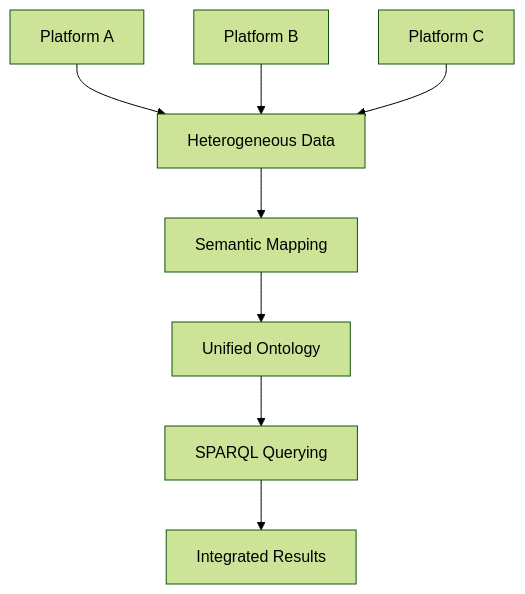
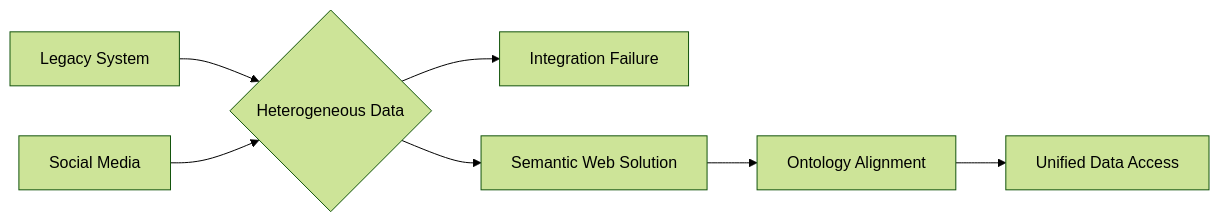
One commit to KishoreRam-M/SocialNetworkEnginnering changed the sixth of 7 diagrams in Unit-1 /12-Marks.md. Above: the diagram before and after it, drawn with Mermaid (forest theme). The commit also changed other lines of this file, not shown here.

````diff
--- a/Unit-1 /12-Marks.md
+++ b/Unit-1 /12-Marks.md
@@ -279,10 +178,9 @@
 ```mermaid
-graph TB
-A[Platform A] --> B[Heterogeneous Data]
-C[Platform B] --> B
-D[Platform C] --> B
-B --> E[Semantic Mapping]
-E --> F[Unified Ontology]
-F --> G[SPARQL Querying]
-G --> H[Integrated Results]
+graph LR
+A[Legacy System] --> B{Heterogeneous Data}
+C[Social Media] --> B
+B --> D[Integration Failure]
+B --> E[Semantic Web Solution]
+E --> F[Ontology Alignment]
+F --> G[Unified Data Access]
 ```
````
